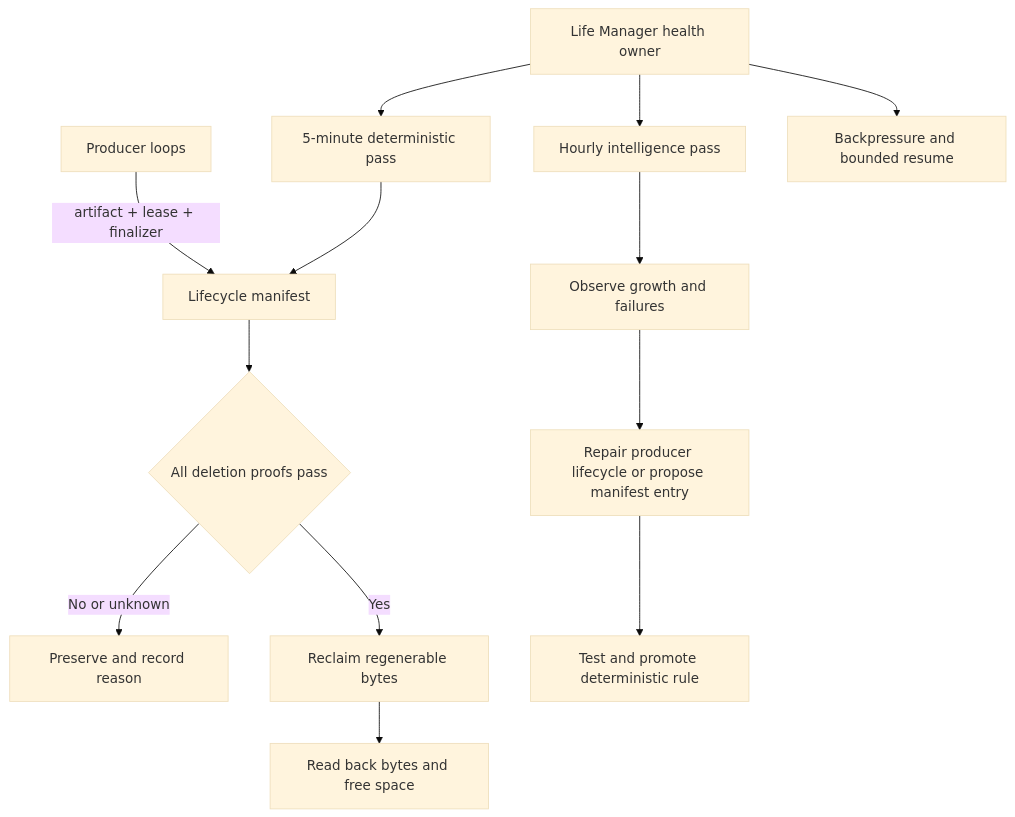
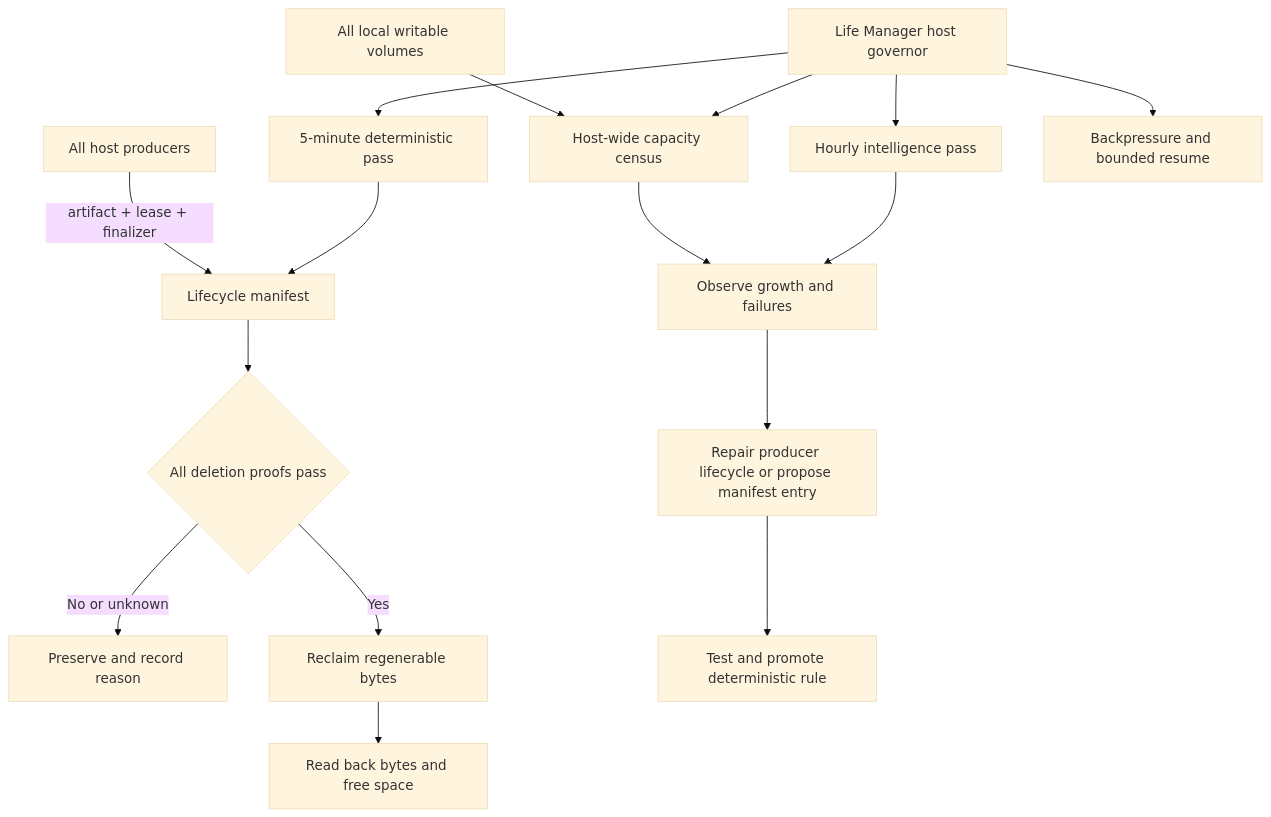
The diagram in docs/superpowers/specs/2026-08-20-life-manager-disk-cleanup-loop-design.md (Daisuke134/anicca), drawn with Mermaid (base theme) before and after one commit. The commit also changed other lines of this file, not shown here.

Commit message:
docs(life-manager): widen cleanup to whole host

````diff
--- a/docs/superpowers/specs/2026-08-20-life-manager-disk-cleanup-loop-design.md
+++ b/docs/superpowers/specs/2026-08-20-life-manager-disk-cleanup-loop-design.md
@@ -38,15 +45,18 @@
 ```mermaid
 flowchart TD
-  P[Producer loops] -->|artifact + lease + finalizer| M[Lifecycle manifest]
+  X[All local writable volumes] --> C[Host-wide capacity census]
+  C --> O[Owner and growth attribution]
+  P[All host producers] -->|artifact + lease + finalizer| M[Lifecycle manifest]
   D[5-minute deterministic pass] --> M
   M --> G{All deletion proofs pass}
   G -->|No or unknown| K[Preserve and record reason]
   G -->|Yes| R[Reclaim regenerable bytes]
   R --> V[Read back bytes and free space]
   H[Hourly intelligence pass] --> O[Observe growth and failures]
   O --> F[Repair producer lifecycle or propose manifest entry]
   F --> T[Test and promote deterministic rule]
-  L[Life Manager health owner] --> D
+  L[Life Manager host governor] --> C
+  L --> D
   L --> H
   L --> B[Backpressure and bounded resume]
 ```
````
